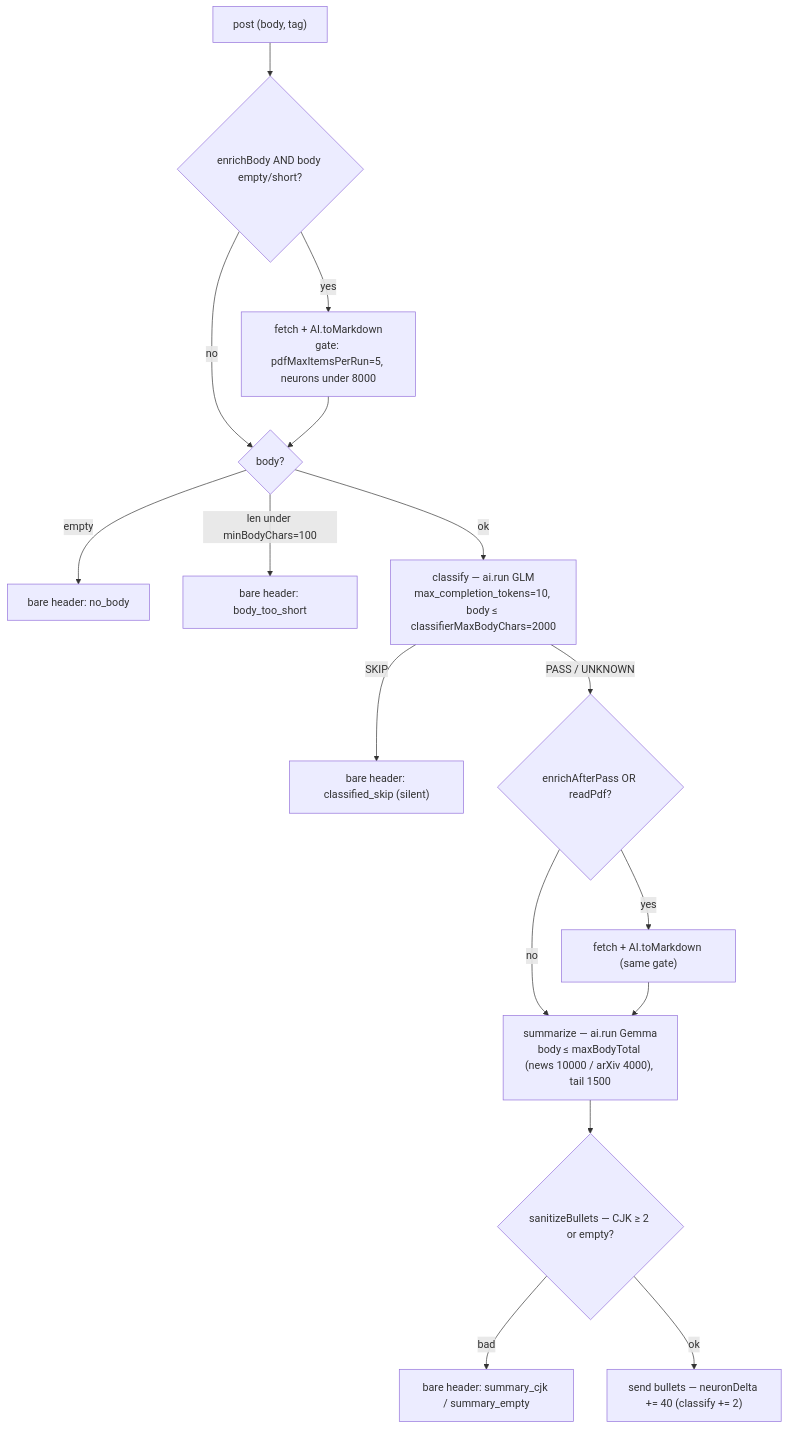
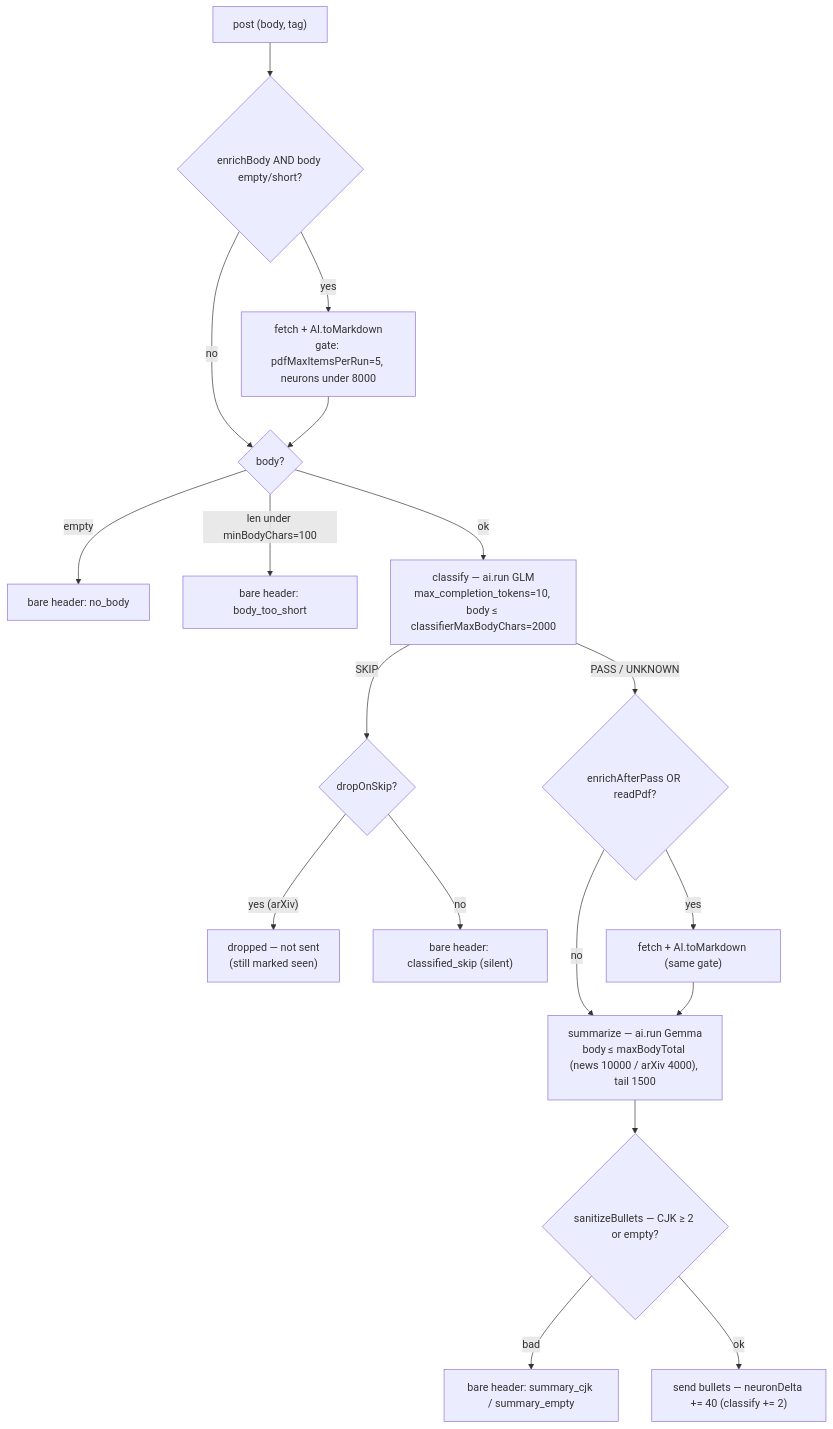
One commit to melkikh/rssdoge changed the second of 2 diagrams in CLAUDE.md. Above: the diagram before and after it, drawn with Mermaid. The commit also changed other lines of this file and 4 other files, not shown here.

````diff
--- a/CLAUDE.md
+++ b/CLAUDE.md
@@ -81,18 +83,20 @@
 ```mermaid
 flowchart TD
     start["post (body, tag)"] --> eb{"enrichBody AND body empty/short?"}
     eb -->|yes| enr1["fetch + AI.toMarkdown<br/>gate: pdfMaxItemsPerRun=5, neurons under 8000"]
     eb -->|no| chk{"body?"}
     enr1 --> chk
     chk -->|empty| bhNo["bare header: no_body"]
     chk -->|"len under minBodyChars=100"| bhShort["bare header: body_too_short"]
     chk -->|ok| classify["classify — ai.run GLM<br/>max_completion_tokens=10, body ≤ classifierMaxBodyChars=2000"]
-    classify -->|SKIP| bhSkip["bare header: classified_skip (silent)"]
+    classify -->|SKIP| skipd{"dropOnSkip?"}
+    skipd -->|"yes (arXiv)"| drop["dropped — not sent<br/>(still marked seen)"]
+    skipd -->|no| bhSkip["bare header: classified_skip (silent)"]
     classify -->|"PASS / UNKNOWN"| eap{"enrichAfterPass OR readPdf?"}
     eap -->|yes| enr2["fetch + AI.toMarkdown (same gate)"]
     eap -->|no| sum["summarize — ai.run Gemma<br/>body ≤ maxBodyTotal (news 10000 / arXiv 4000), tail 1500"]
     enr2 --> sum
     sum --> san{"sanitizeBullets — CJK ≥ 2 or empty?"}
     san -->|bad| bhSum["bare header: summary_cjk / summary_empty"]
     san -->|ok| ok["send bullets — neuronDelta += 40 (classify += 2)"]
 ```
````
